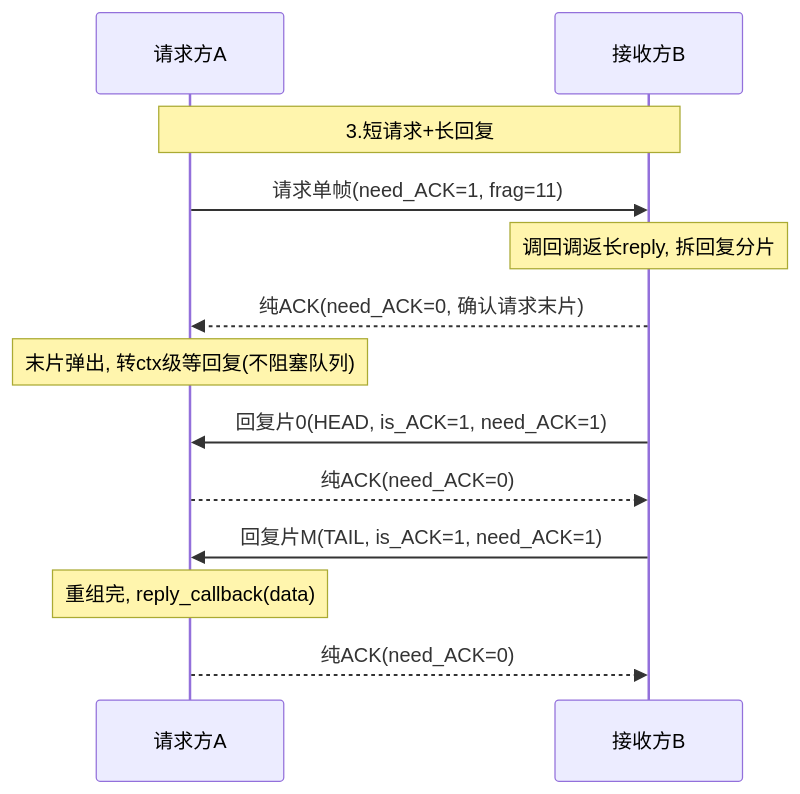
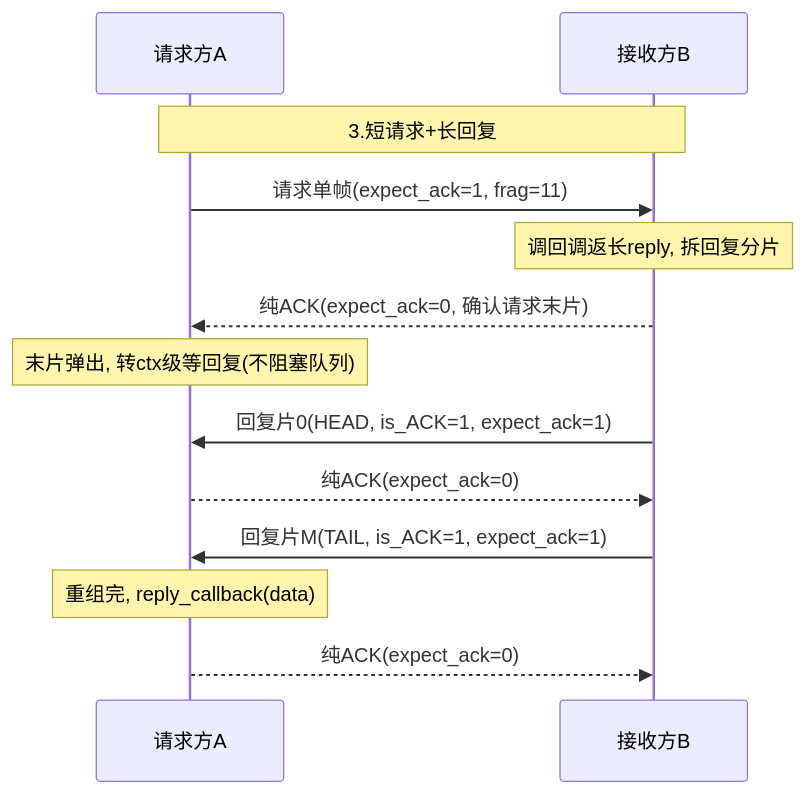
Before and after one commit to Siaiai/ObsidianNote: the third of 14 diagrams in 工作/项目/代码/260401S3分拣面板-SIA-R9000P.md, drawn with Mermaid. The commit also changed other lines of this file and 1 other file, not shown here.

````diff
--- a/工作/项目/代码/260401S3分拣面板-SIA-R9000P.md
+++ b/工作/项目/代码/260401S3分拣面板-SIA-R9000P.md
@@ -107,15 +110,15 @@
 ```mermaid
 sequenceDiagram
     participant A as 请求方A
     participant B as 接收方B
     Note over A,B: 3.短请求+长回复
-    A->>B: 请求单帧(need_ACK=1, frag=11)
+    A->>B: 请求单帧(expect_ack=1, frag=11)
     Note over B: 调回调返长reply, 拆回复分片
-    B-->>A: 纯ACK(need_ACK=0, 确认请求末片)
+    B-->>A: 纯ACK(expect_ack=0, 确认请求末片)
     Note over A: 末片弹出, 转ctx级等回复(不阻塞队列)
-    B->>A: 回复片0(HEAD, is_ACK=1, need_ACK=1)
-    A-->>B: 纯ACK(need_ACK=0)
-    B->>A: 回复片M(TAIL, is_ACK=1, need_ACK=1)
+    B->>A: 回复片0(HEAD, is_ACK=1, expect_ack=1)
+    A-->>B: 纯ACK(expect_ack=0)
+    B->>A: 回复片M(TAIL, is_ACK=1, expect_ack=1)
     Note over A: 重组完, reply_callback(data)
-    A-->>B: 纯ACK(need_ACK=0)
+    A-->>B: 纯ACK(expect_ack=0)
 ```
````
